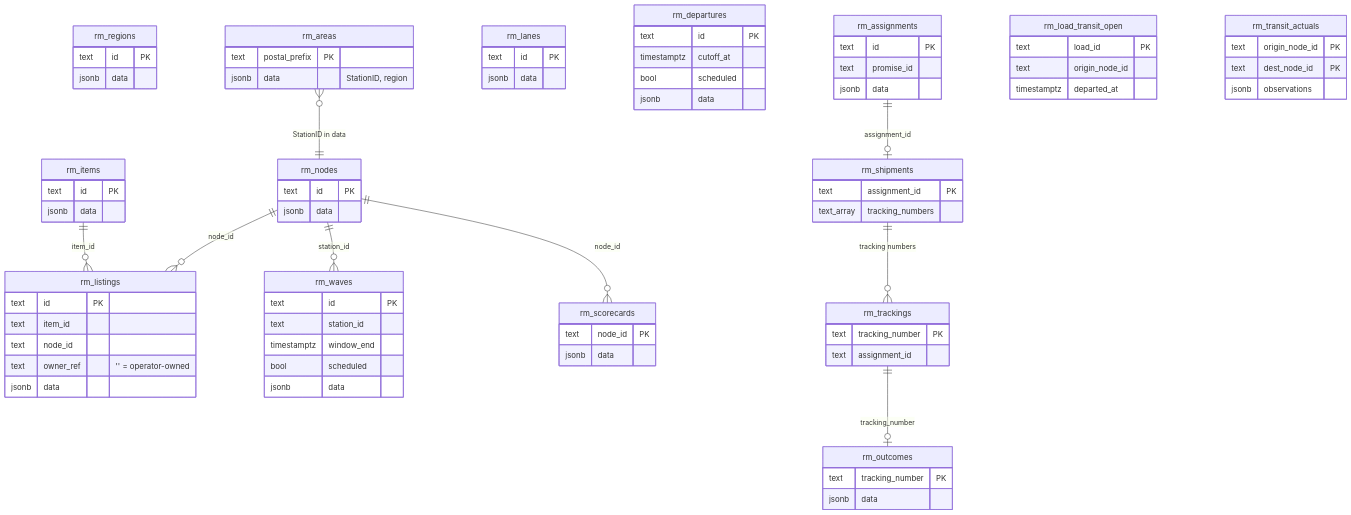
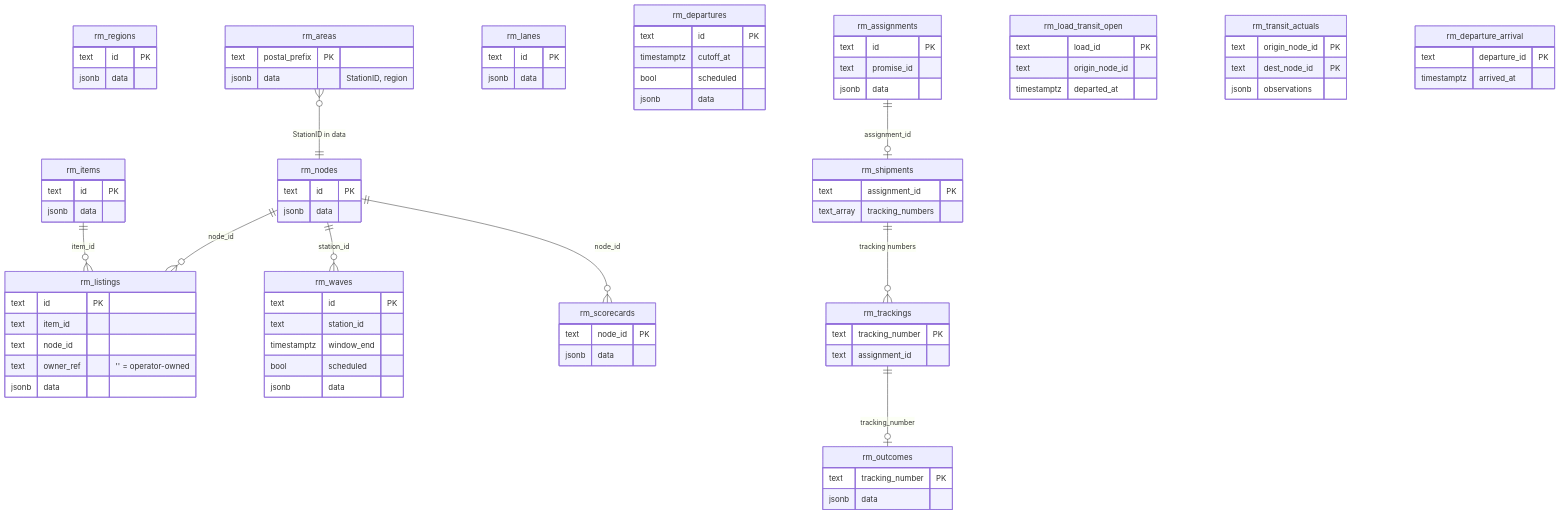
The second of 2 diagrams in docs/docs/ddd/entity-relationship.md (IQVO/delivery-promise), drawn with Mermaid before and after one commit. The commit also changed other lines of this file and 20 other files, not shown here.

```diff
--- a/docs/docs/ddd/entity-relationship.md
+++ b/docs/docs/ddd/entity-relationship.md
@@ -170,6 +170,10 @@
     text dest_node_id PK
     jsonb observations
   }
+  rm_departure_arrival {
+    text departure_id PK
+    timestamptz arrived_at
+  }
   rm_nodes ||--o{ rm_listings : "node_id"
   rm_items ||--o{ rm_listings : "item_id"
   rm_nodes ||--o{ rm_scorecards : "node_id"
```
